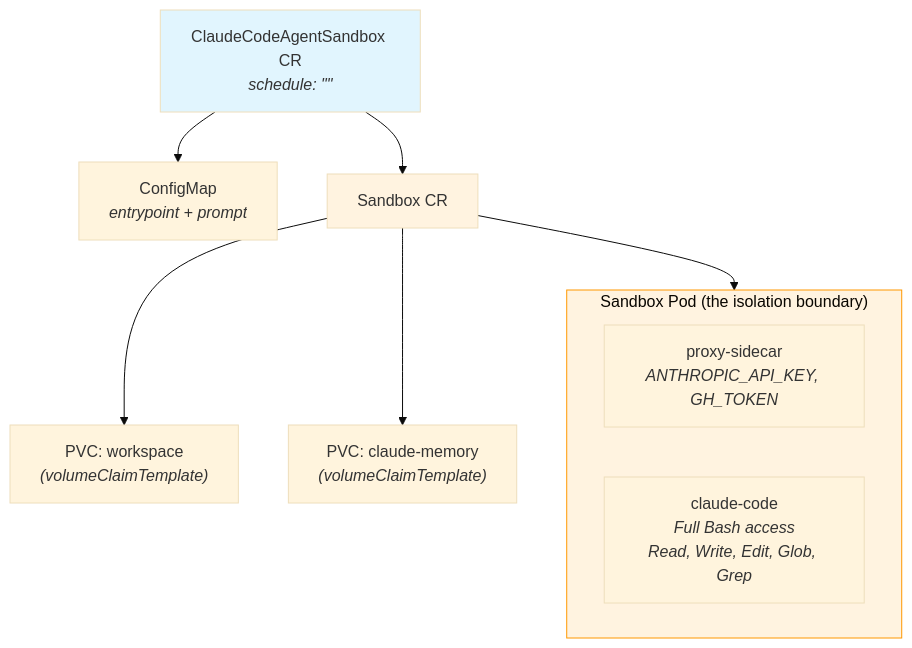
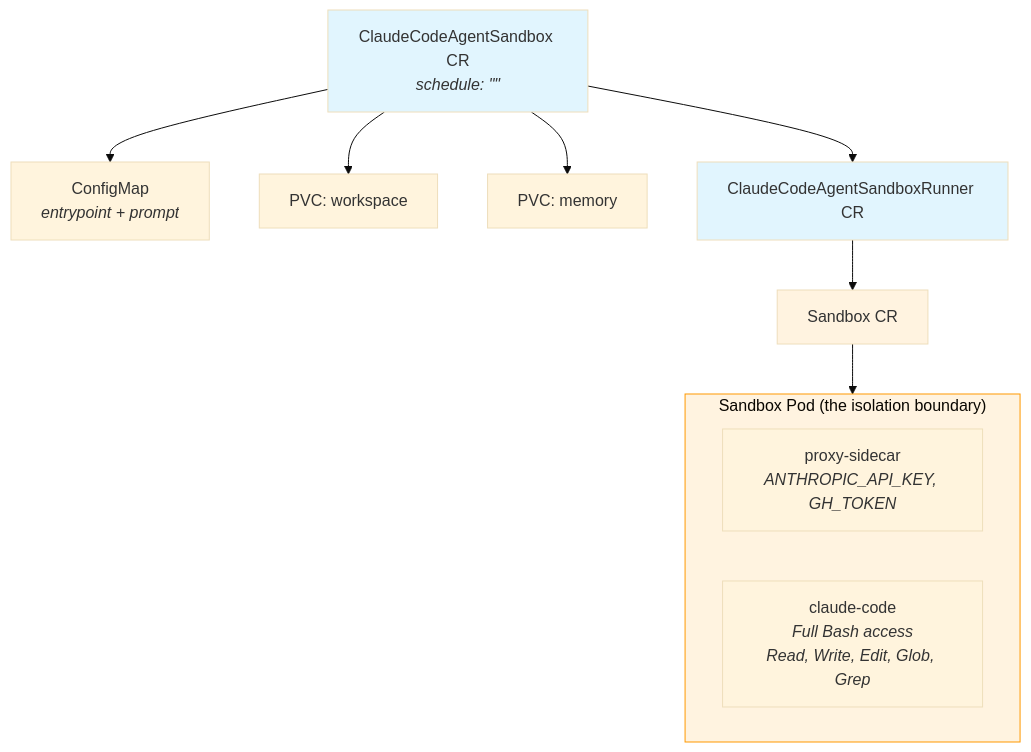
One commit to weldonfaizan/kcd-new-york-k8s-claude changed the first of 2 diagrams in 07-sandbox/agent-sandbox/README.md. Above: the diagram before and after it, drawn with Mermaid (base theme). The commit also changed other lines of this file, not shown here.

Commit message:
docs: update 07-sandbox README with two-RGD architecture

````diff
--- a/07-sandbox/agent-sandbox/README.md
+++ b/07-sandbox/agent-sandbox/README.md
@@ -23,20 +24,23 @@
 ```mermaid
 graph TB
     CR["ClaudeCodeAgentSandbox CR<br/><i>schedule: &quot;&quot;</i>"]
 
     CR --> CM["ConfigMap<br/><i>entrypoint + prompt</i>"]
-    CR --> SB["Sandbox CR"]
+    CR --> WPVC["PVC: workspace"]
+    CR --> MPVC["PVC: memory"]
+    CR --> RUNNER["ClaudeCodeAgentSandboxRunner CR"]
+
+    RUNNER --> SB["Sandbox CR"]
 
     subgraph sandbox ["Sandbox Pod (the isolation boundary)"]
         PROXY["proxy-sidecar<br/><i>ANTHROPIC_API_KEY, GH_TOKEN</i>"]
         CLAUDE["claude-code<br/><i>Full Bash access<br/>Read, Write, Edit, Glob, Grep</i>"]
     end
 
     SB --> sandbox
-    SB --> WPVC["PVC: workspace<br/><i>(volumeClaimTemplate)</i>"]
-    SB --> MPVC["PVC: claude-memory<br/><i>(volumeClaimTemplate)</i>"]
 
     style CR fill:#e1f5fe
+    style RUNNER fill:#e1f5fe
     style sandbox fill:#fff3e0,stroke:#ff9800
     style SB fill:#fff3e0
 ```
````
